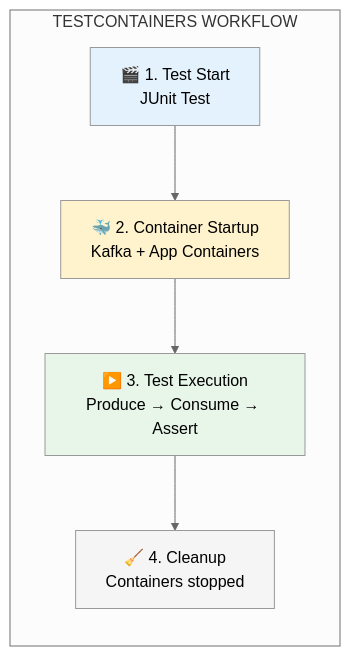
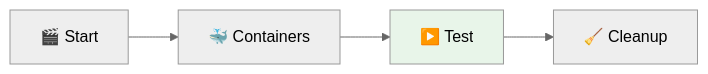
One commit to msellamiTN/kafka-bhf changed the second of 2 diagrams in formation-v2/day-03-integration/module-07-testing/README.md. Above: the diagram before and after it, drawn with Mermaid (neutral theme). The commit also changed other lines of this file and 4 other files, not shown here.

Commit message:
refactor: reorganize Mermaid diagrams - more compact and readable

````diff
--- a/formation-v2/day-03-integration/module-07-testing/README.md
+++ b/formation-v2/day-03-integration/module-07-testing/README.md
@@ -109,17 +101,5 @@
 ```mermaid
-flowchart TB
-    subgraph workflow["TESTCONTAINERS WORKFLOW"]
-        direction TB
-        T1["🎬 1. Test Start<br/>JUnit Test"]
-        T2["🐳 2. Container Startup<br/>Kafka + App Containers"]
-        T3["▶️ 3. Test Execution<br/>Produce → Consume → Assert"]
-        T4["🧹 4. Cleanup<br/>Containers stopped"]
-        
-        T1 --> T2 --> T3 --> T4
-    end
-    
-    style T1 fill:#e3f2fd
-    style T2 fill:#fff3cd
+flowchart LR
+    T1["🎬 Start"] --> T2["🐳 Containers"] --> T3["▶️ Test"] --> T4["🧹 Cleanup"]
     style T3 fill:#e8f5e9
-    style T4 fill:#f5f5f5
 ```
````
